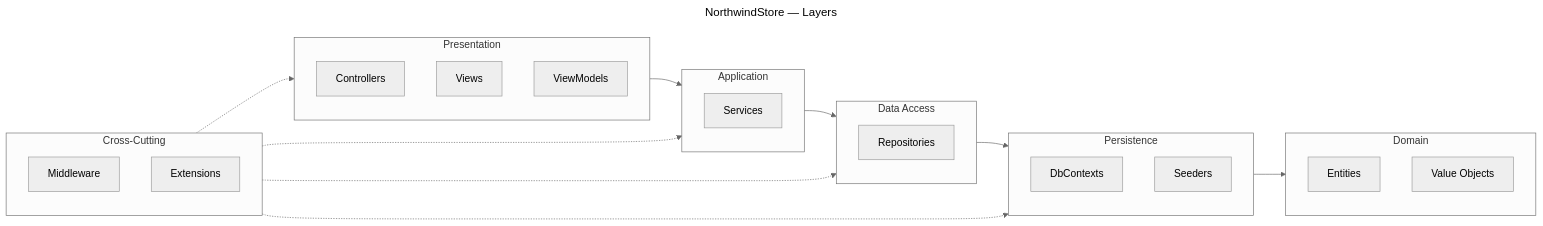
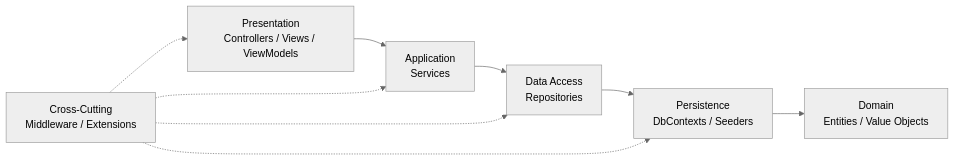
One commit to jeffersonmejia/north-taks1-p3 changed the diagram in README.md. Above: the diagram before and after it, drawn with Mermaid (neutral theme). The commit also changed other lines of this file, not shown here.

Commit message:
fix: repair Mermaid diagram syntax and tabulate technologies

````diff
--- a/README.md
+++ b/README.md
@@ -52,32 +51,15 @@
 ```mermaid
----
-title: NorthwindStore — Layers
----
 flowchart LR
-  subgraph P["Presentation"]
-    Ctrl["Controllers"]
-    Views["Views"]
-    VMs["ViewModels"]
-  end
-  subgraph App["Application"]
-    Svcs["Services"]
-  end
-  subgraph DAL["Data Access"]
-    Repos["Repositories"]
-  end
-  subgraph Per["Persistence"]
-    DbCtx["DbContexts"]
-    Seed["Seeders"]
-  end
-  subgraph Dom["Domain"]
-    Ents["Entities"]
-    VOs["Value Objects"]
-  end
-  subgraph XCut["Cross-Cutting"]
-    Mid["Middleware"]
-    Ext["Extensions"]
-  end
+  P["Presentation<br/>Controllers / Views / ViewModels"]
+  App["Application<br/>Services"]
+  DAL["Data Access<br/>Repositories"]
+  Per["Persistence<br/>DbContexts / Seeders"]
+  Dom["Domain<br/>Entities / Value Objects"]
+  XCut["Cross-Cutting<br/>Middleware / Extensions"]
 
   P --> App --> DAL --> Per --> Dom
-  XCut -.-> P & App & DAL & Per
+  XCut -.-> P
+  XCut -.-> App
+  XCut -.-> DAL
+  XCut -.-> Per
 ```
````
